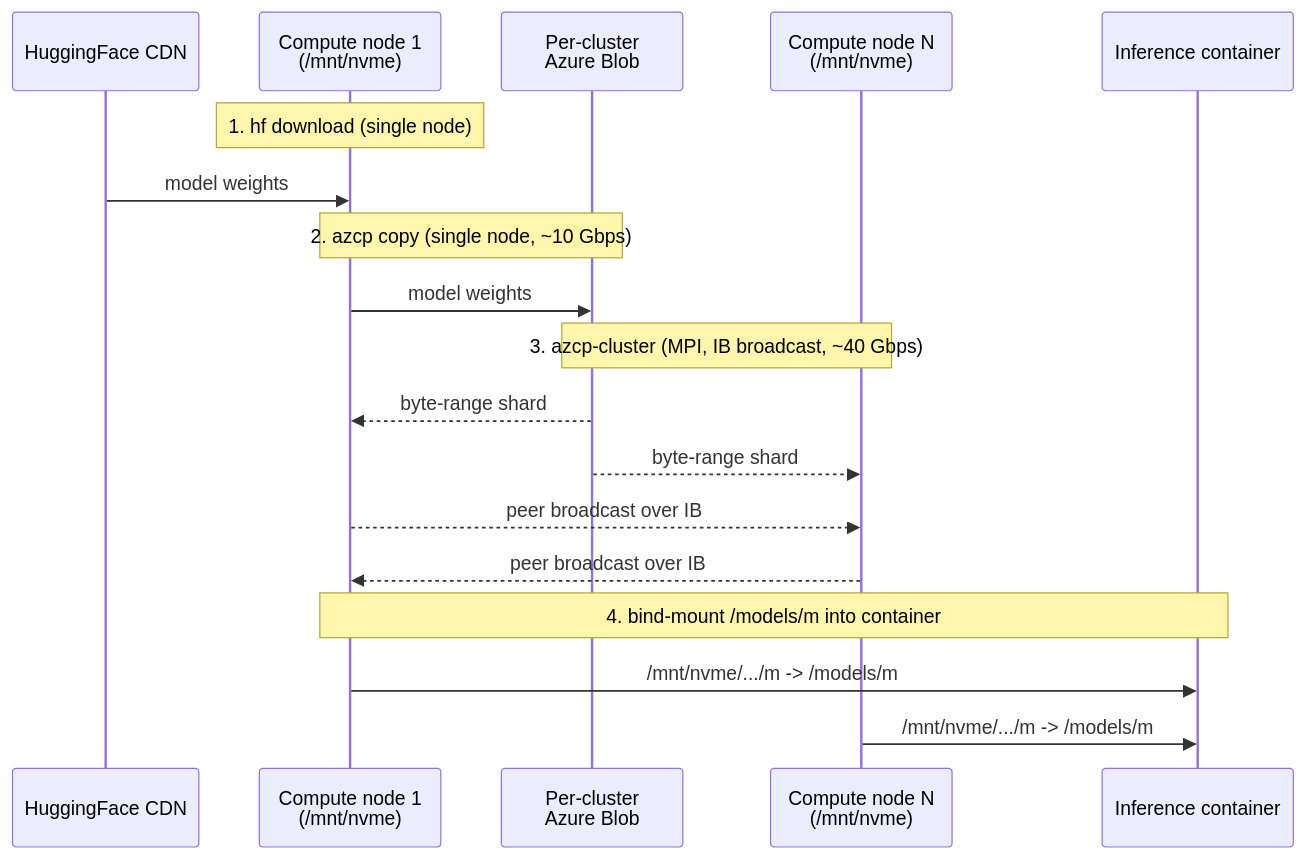
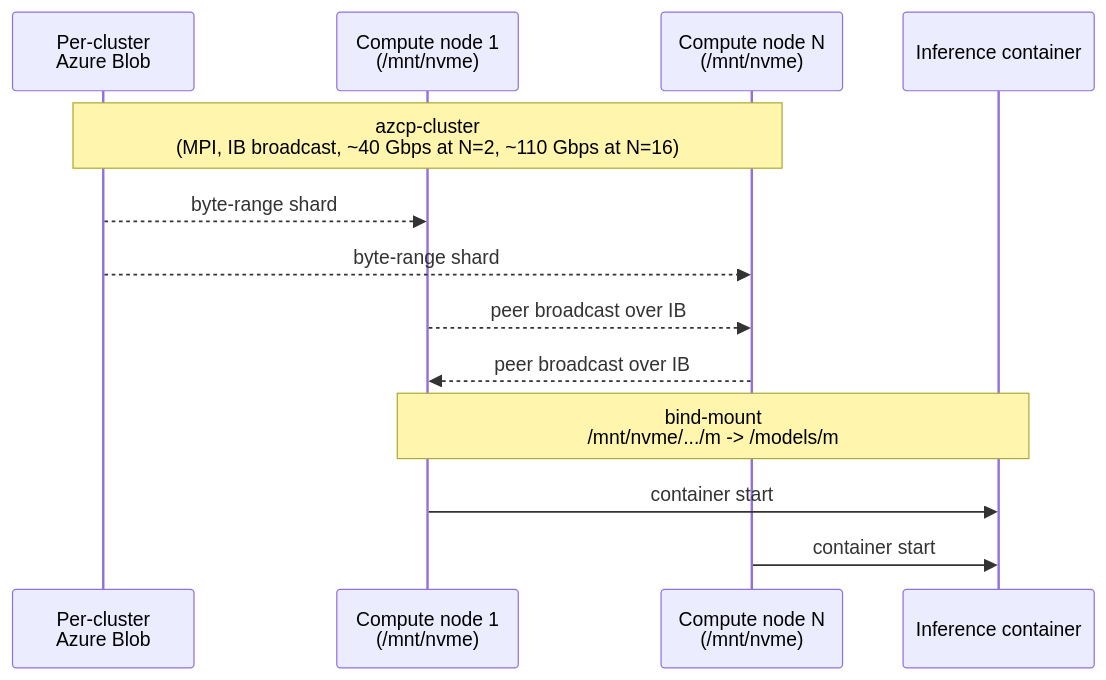
Before and after one commit to edwardsp/azcluster: the third of 3 diagrams in README.md, drawn with Mermaid. The commit also changed other lines of this file, not shown here.

````diff
--- a/README.md
+++ b/README.md
@@ -291,24 +312,17 @@
 ```mermaid
 sequenceDiagram
-    participant HF as HuggingFace CDN
+    participant Blob as Per-cluster<br/>Azure Blob
     participant N1 as Compute node 1<br/>(/mnt/nvme)
-    participant Blob as Per-cluster<br/>Azure Blob
     participant NN as Compute node N<br/>(/mnt/nvme)
     participant C as Inference container
 
-    Note over N1: 1. hf download (single node)
-    HF->>N1: model weights
-
-    Note over N1,Blob: 2. azcp copy (single node, ~10 Gbps)
-    N1->>Blob: model weights
-
-    Note over Blob,NN: 3. azcp-cluster (MPI, IB broadcast, ~40 Gbps)
+    Note over Blob,NN: azcp-cluster<br/>(MPI, IB broadcast, ~40 Gbps at N=2, ~110 Gbps at N=16)
     Blob-->>N1: byte-range shard
     Blob-->>NN: byte-range shard
     N1-->>NN: peer broadcast over IB
     NN-->>N1: peer broadcast over IB
 
-    Note over N1,C: 4. bind-mount /models/m into container
-    N1->>C: /mnt/nvme/.../m -> /models/m
-    NN->>C: /mnt/nvme/.../m -> /models/m
+    Note over N1,C: bind-mount<br/>/mnt/nvme/.../m -> /models/m
+    N1->>C: container start
+    NN->>C: container start
 ```
````
